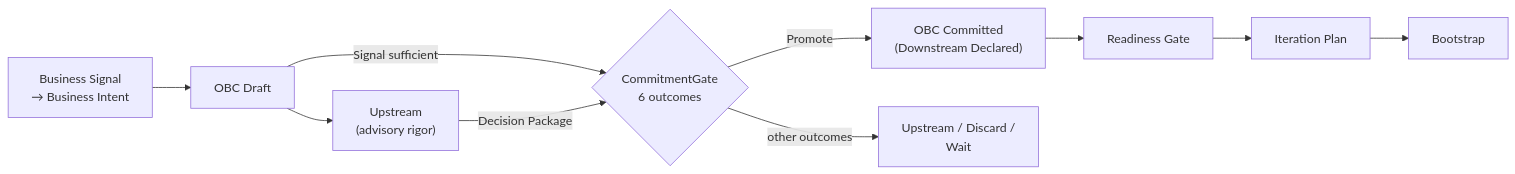
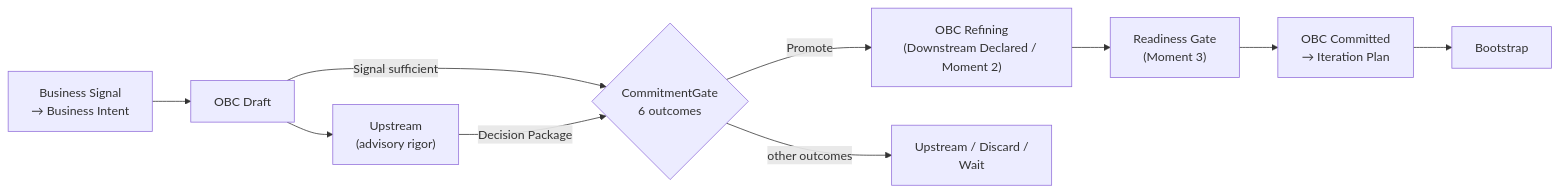
One commit to produtoreativo/from-intent-to-outcome changed the second of 2 diagrams in en/chapter-03.md. Above: the diagram before and after it, drawn with Mermaid. The commit also changed other lines of this file and 19 other files, not shown here.

````diff
--- a/en/chapter-03.md
+++ b/en/chapter-03.md
@@ -150,12 +150,12 @@
 ```mermaid
 graph LR
     BS["Business Signal\n→ Business Intent"] --> A["OBC Draft"]
     A --> UP["Upstream\n(advisory rigor)"]
     A -->|"Signal sufficient"| CG{"CommitmentGate\n6 outcomes"}
     UP -->|"Decision Package"| CG
-    CG -->|"Promote"| C["OBC Committed\n(Downstream Declared)"]
+    CG -->|"Promote"| C["OBC Refining\n(Downstream Declared / Moment 2)"]
     CG -->|"other outcomes"| X["Upstream / Discard /\nWait"]
-    C --> D["Readiness Gate"]
-    D --> E["Iteration Plan"]
+    C --> D["Readiness Gate\n(Moment 3)"]
+    D --> E["OBC Committed\n→ Iteration Plan"]
     E --> F["Bootstrap"]
 ```
````
